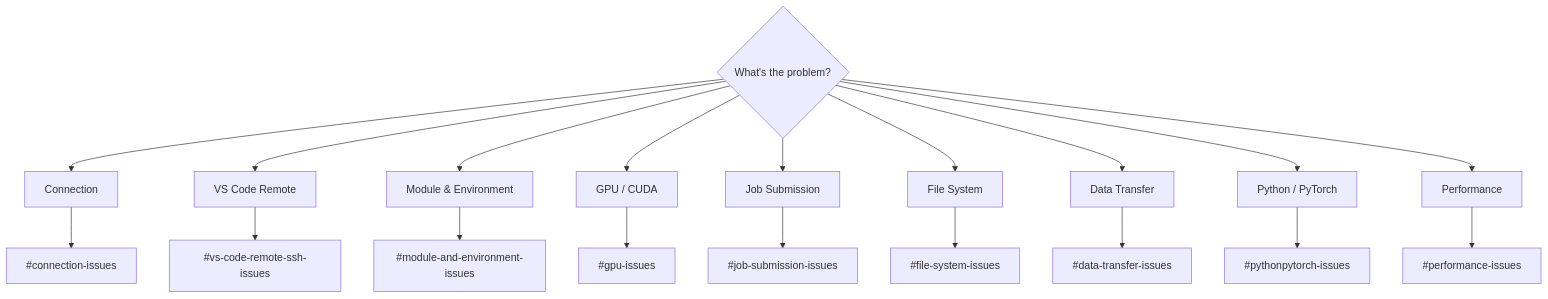
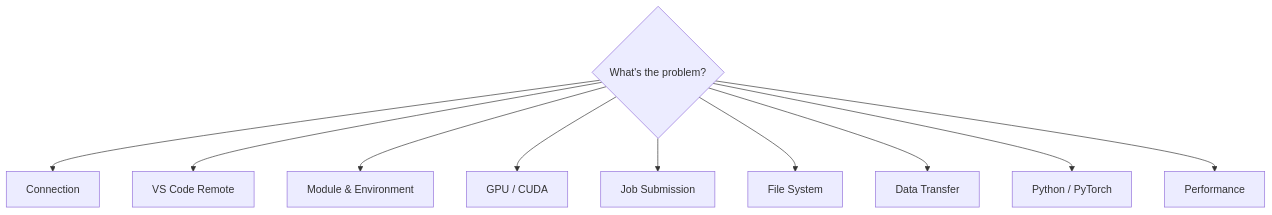
The diagram in docs/resources/troubleshooting.md (OSU-CAR-MSL/lab-setup-guide), drawn with Mermaid before and after one commit. The commit also changed other lines of this file and 2 other files, not shown here.

Commit message:
fix: sidebar !important override, mermaid diagram fixes
- Add !important to .md-sidebar--secondary display:none to override
  Material's @media :not([hidden]) rule that was keeping it visible
- Add horizontal scroll CSS for mermaid diagrams instead of squishing
- Switch concept map from flowchart LR to TB for better fit
- Remove all mermaid click directives — Material renders mermaid in
  shadow DOM which blocks click interactivity (securityLevel strict)
- Remove misleading "Interactive — click to navigate" admonition
- Troubleshooting page: replace broken click directives with a
  markdown jump-to links bar below the simplified flowchart

````diff
--- a/docs/resources/troubleshooting.md
+++ b/docs/resources/troubleshooting.md
@@ -12,30 +12,12 @@
 ```mermaid
 flowchart TD
-    A{What's the problem?} --> B[Connection]
-    A --> H[VS Code Remote]
-    A --> C[Module & Environment]
-    A --> D[GPU / CUDA]
-    A --> E[Job Submission]
-    A --> F[File System]
-    A --> I[Data Transfer]
-    A --> J[Python / PyTorch]
-    A --> G[Performance]
-    B --> B1["#connection-issues"]
-    H --> H1["#vs-code-remote-ssh-issues"]
-    C --> C1["#module-and-environment-issues"]
-    D --> D1["#gpu-issues"]
-    E --> E1["#job-submission-issues"]
-    F --> F1["#file-system-issues"]
-    I --> I1["#data-transfer-issues"]
-    J --> J1["#pythonpytorch-issues"]
-    G --> G1["#performance-issues"]
-    click B1 "#connection-issues"
-    click H1 "#vs-code-remote-ssh-issues"
-    click C1 "#module-and-environment-issues"
-    click D1 "#gpu-issues"
-    click E1 "#job-submission-issues"
-    click F1 "#file-system-issues"
-    click I1 "#data-transfer-issues"
-    click J1 "#pythonpytorch-issues"
-    click G1 "#performance-issues"
+    A{What's the problem?} --> B["Connection"]
+    A --> H["VS Code Remote"]
+    A --> C["Module & Environment"]
+    A --> D["GPU / CUDA"]
+    A --> E["Job Submission"]
+    A --> F["File System"]
+    A --> I["Data Transfer"]
+    A --> J["Python / PyTorch"]
+    A --> G["Performance"]
 ```
````
